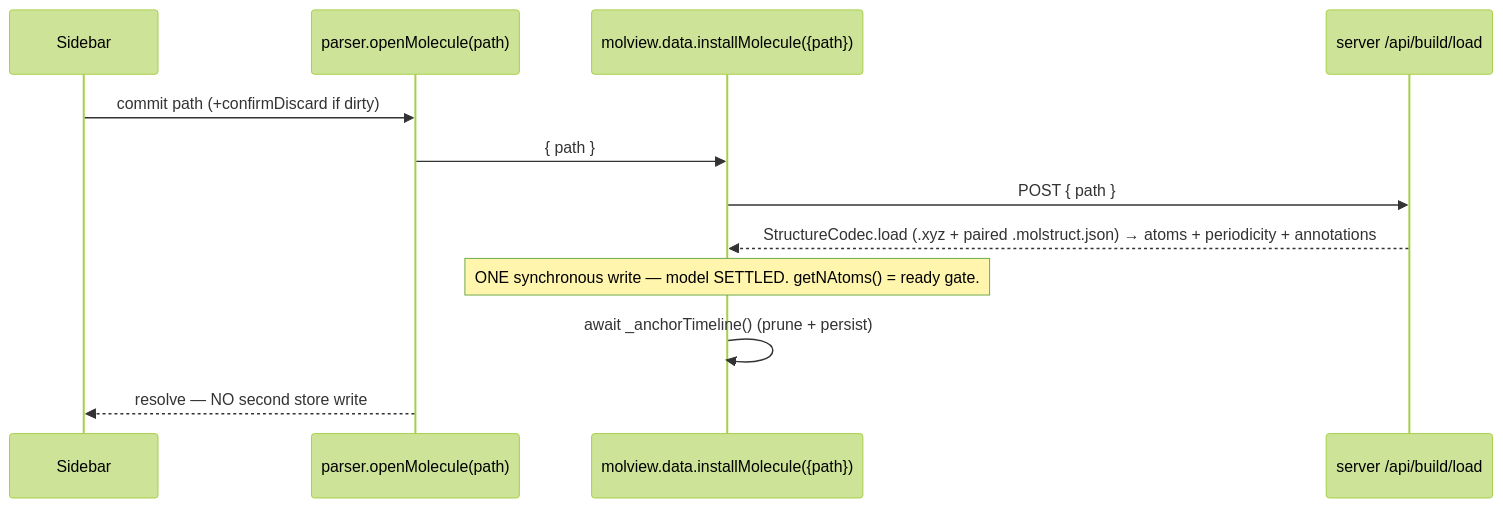
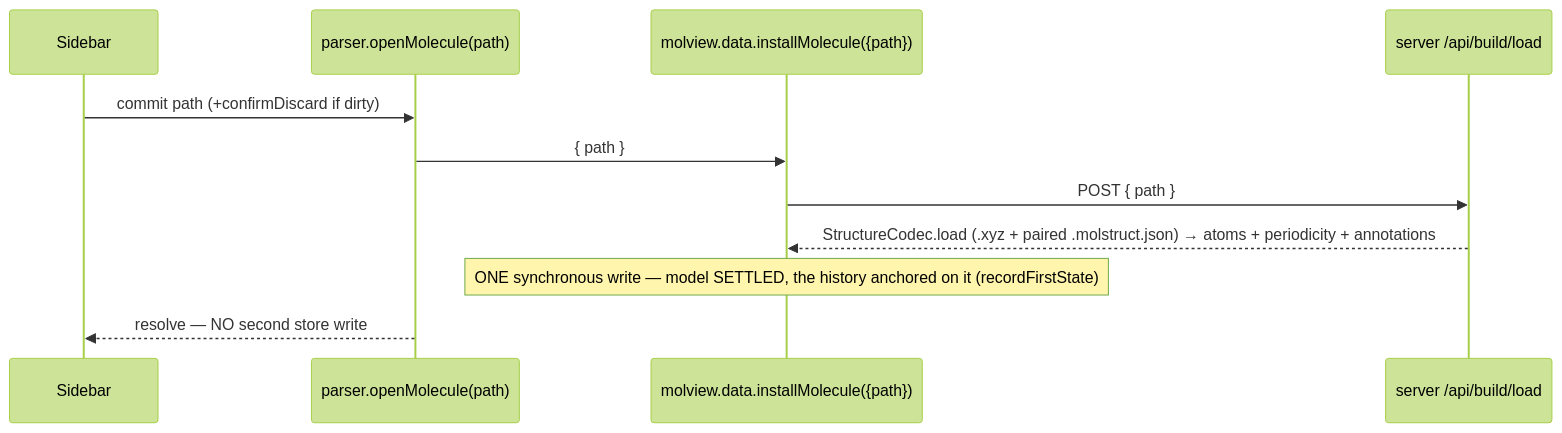
The second of 3 diagrams in docs/model/structure.md (Qing-LAB/molbuilder), drawn with Mermaid (forest theme) before and after one commit. The commit also changed other lines of this file and 71 other files, not shown here.

````diff
--- a/docs/model/structure.md
+++ b/docs/model/structure.md
@@ -1262,14 +1074,13 @@
 ```mermaid
 sequenceDiagram
     participant U as Sidebar
     participant D as parser.openMolecule(path)
     participant IM as molview.data.installMolecule({path})
     participant BL as server /api/build/load
     U->>D: commit path (+confirmDiscard if dirty)
     D->>IM: { path }
     IM->>BL: POST { path }
     BL-->>IM: StructureCodec.load (.xyz + paired .molstruct.json) → atoms + periodicity + annotations
-    Note over IM: ONE synchronous write — model SETTLED. getNAtoms() = ready gate.
-    IM->>IM: await _anchorTimeline() (prune + persist)
+    Note over IM: ONE synchronous write — model SETTLED, the history anchored on it (recordFirstState)
     D-->>U: resolve — NO second store write
 ```
````
